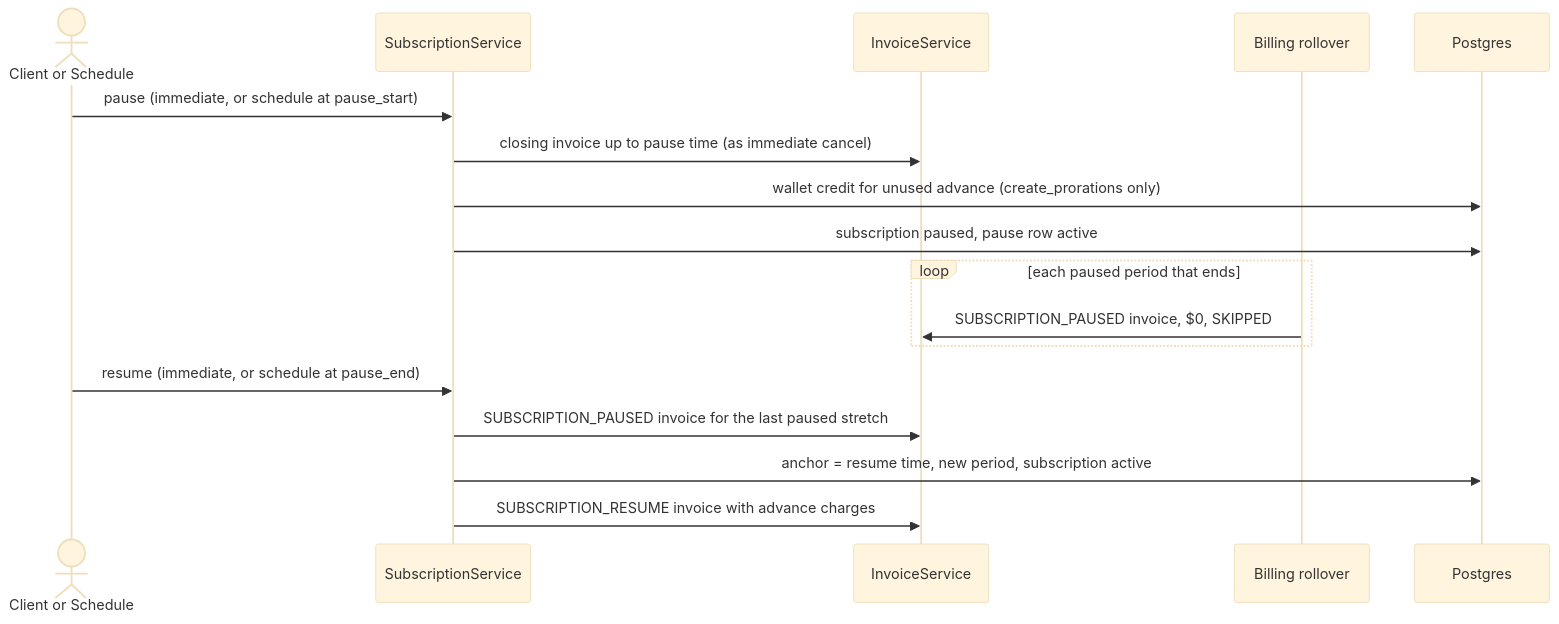
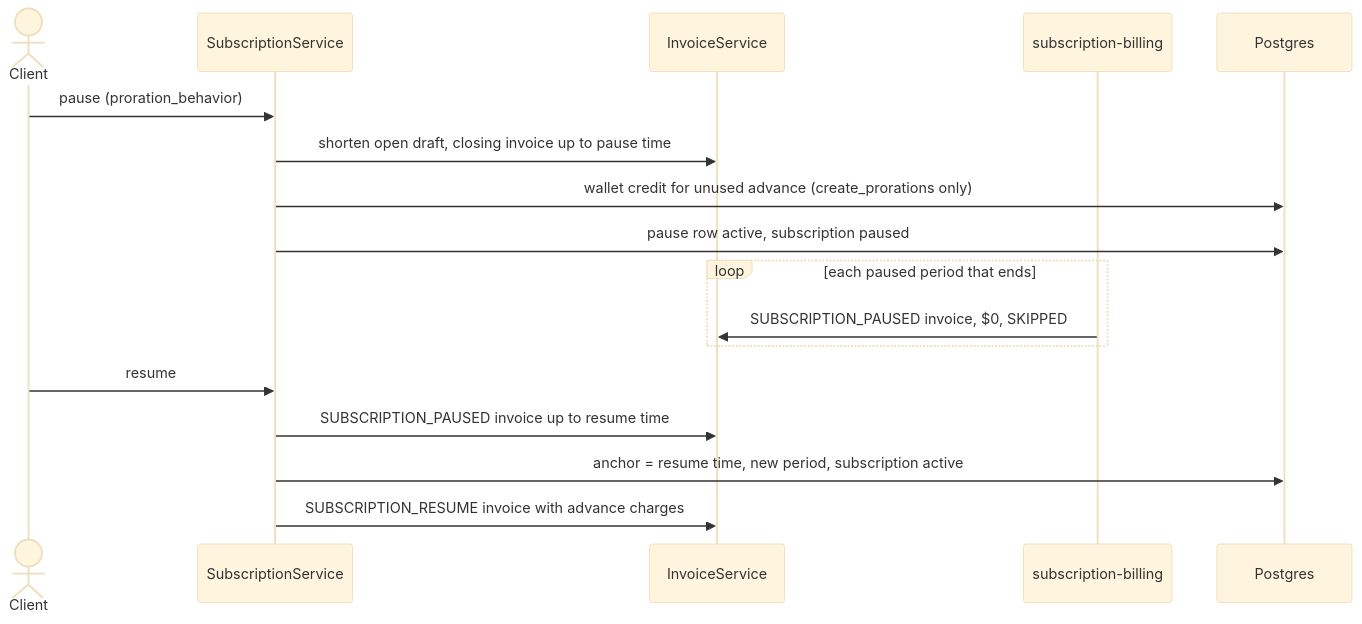
The second of 2 diagrams in docs/design/2026-10-14-FLE-1555-pause-subscription-erd.md (subratsahilgupta/flexprice), drawn with Mermaid (base theme) before and after one commit. The commit also changed other lines of this file, not shown here.

Commit message:
refactor(subscription): update design document for pausing and resuming subscriptions

````diff
--- a/docs/design/2026-10-14-FLE-1555-pause-subscription-erd.md
+++ b/docs/design/2026-10-14-FLE-1555-pause-subscription-erd.md
@@ -236,20 +224,20 @@
 ```mermaid
 sequenceDiagram
-    actor Op as Client or Schedule
+    actor C as Client
     participant Svc as SubscriptionService
     participant Inv as InvoiceService
-    participant Roll as Billing rollover
+    participant Roll as subscription-billing
     participant DB as Postgres
 
-    Op->>Svc: pause (immediate, or schedule at pause_start)
-    Svc->>Inv: closing invoice up to pause time (as immediate cancel)
+    C->>Svc: pause (proration_behavior)
+    Svc->>Inv: shorten open draft, closing invoice up to pause time
     Svc->>DB: wallet credit for unused advance (create_prorations only)
-    Svc->>DB: subscription paused, pause row active
+    Svc->>DB: pause row active, subscription paused
     loop each paused period that ends
         Roll->>Inv: SUBSCRIPTION_PAUSED invoice, $0, SKIPPED
     end
-    Op->>Svc: resume (immediate, or schedule at pause_end)
-    Svc->>Inv: SUBSCRIPTION_PAUSED invoice for the last paused stretch
+    C->>Svc: resume
+    Svc->>Inv: SUBSCRIPTION_PAUSED invoice up to resume time
     Svc->>DB: anchor = resume time, new period, subscription active
     Svc->>Inv: SUBSCRIPTION_RESUME invoice with advance charges
 ```
````
